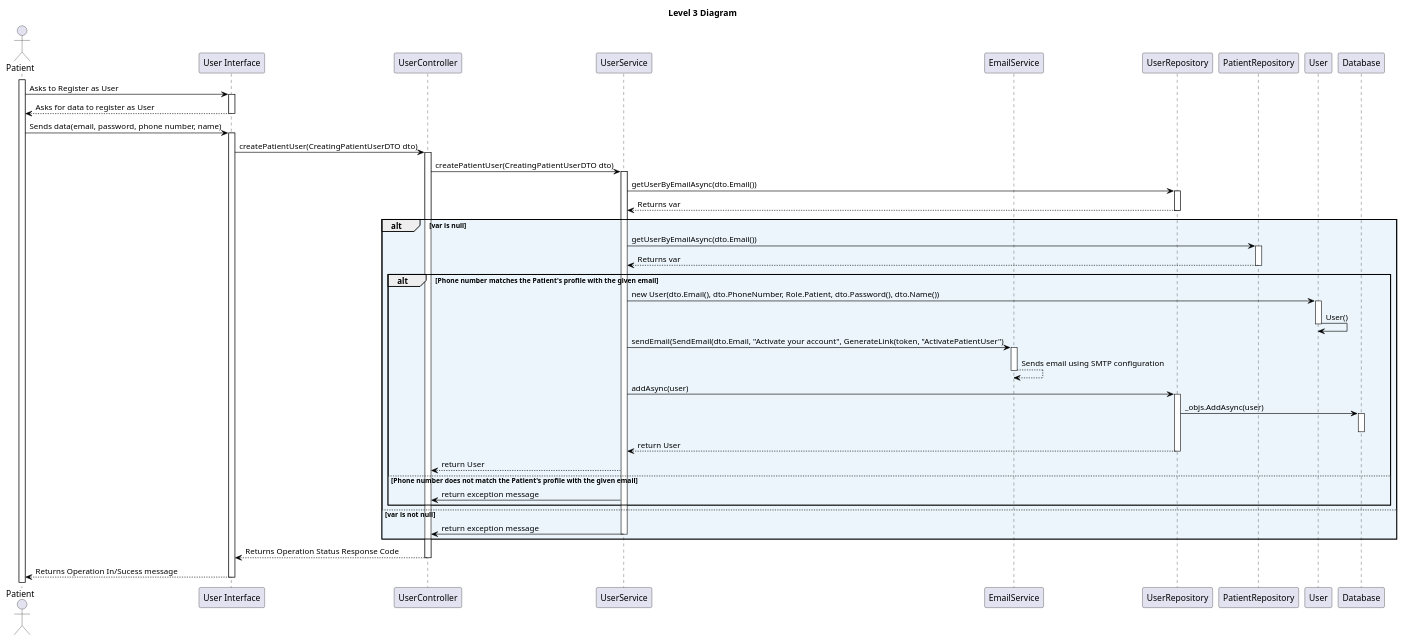
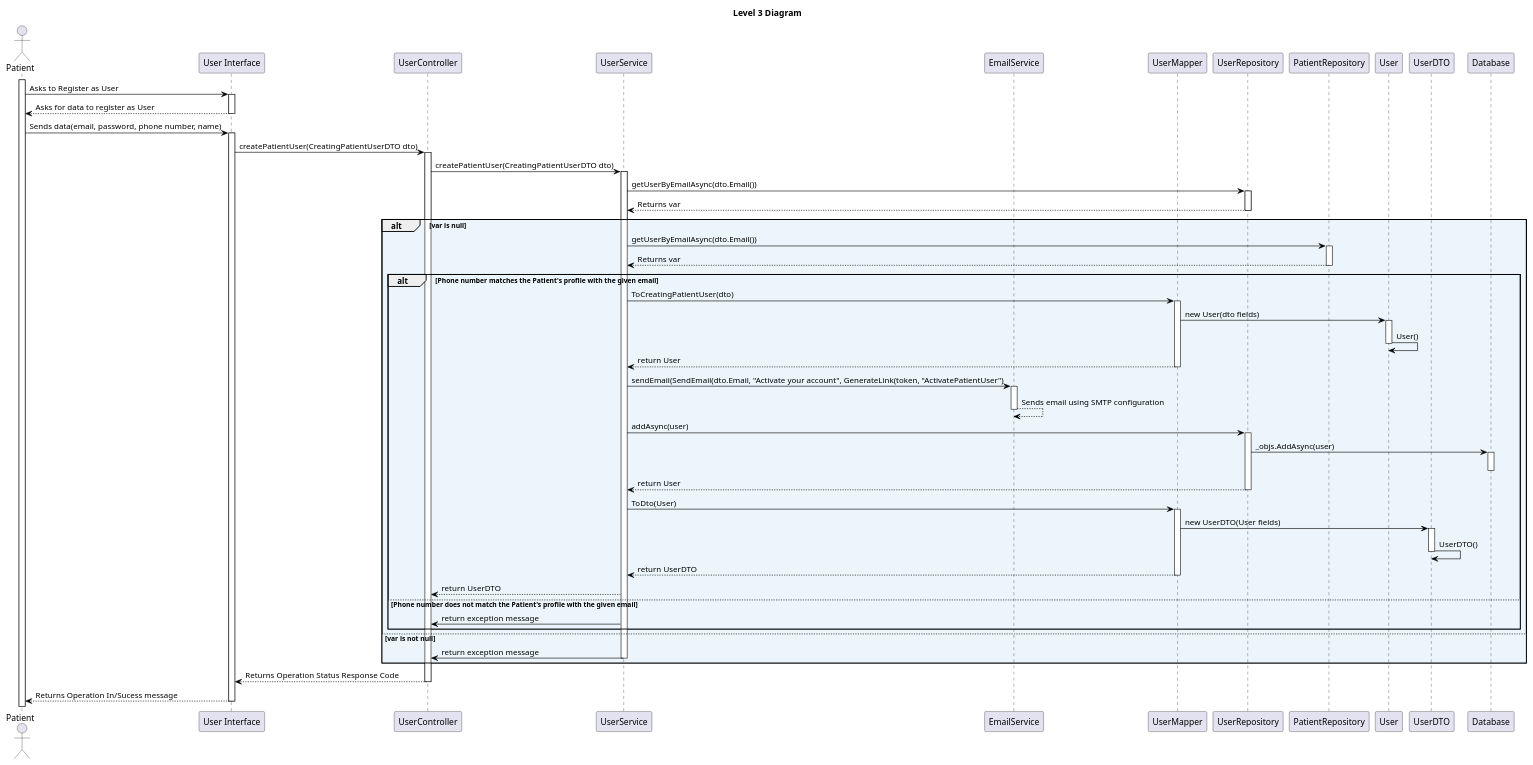
Before and after one commit to vscosousa/LAPR5_3DC_G15: the diagram in docs/sprint_A/us_5.1.3/level_3/puml/level_3.puml, drawn with PlantUML. The commit also changed 4 other files, not shown here.

```diff
--- a/docs/sprint_A/us_5.1.3/level_3/puml/level_3.puml
+++ b/docs/sprint_A/us_5.1.3/level_3/puml/level_3.puml
@@ -1,79 +1,93 @@
 @startuml level_3
 
 title Level 3 Diagram
 
 hide empty members
 'skinparam Linetype ortho
 
 skinparam class {
     BackgroundColor<<valueObject>> #D6EAF8
     BackgroundColor<<root>> #FDEBD0
     BackgroundColor<<service>> #D1F2EB
     BackgroundColor #FEF9E7
     ArrowColor Black
 }
 
 skinparam package {
     BackgroundColor #EBF5FB
 }
 
 actor Patient as P
 participant "User Interface" as UI
 participant "UserController" as C
 participant "UserService" as S
 participant "EmailService" as ES
+participant "UserMapper" as M
 participant "UserRepository" as R
 participant "PatientRepository" as PR
 participant "User" as U
+participant "UserDTO" as DTO
 participant "Database" as DB
 
 activate P
 P -> UI: Asks to Register as User
 activate UI
 UI --> P: Asks for data to register as User
 deactivate UI
 P -> UI: Sends data(email, password, phone number, name)
 activate UI
 UI -> C: createPatientUser(CreatingPatientUserDTO dto)
 activate C
 C -> S: createPatientUser(CreatingPatientUserDTO dto)
 activate S
 S -> R: getUserByEmailAsync(dto.Email())
 activate R
 R --> S: Returns var
 deactivate R
 alt var is null
     S -> PR: getUserByEmailAsync(dto.Email())
     activate PR
     PR --> S: Returns var
     deactivate PR
     alt Phone number matches the Patient's profile with the given email
-        S -> U: new User(dto.Email(), dto.PhoneNumber, Role.Patient, dto.Password(), dto.Name())
+        S -> M: ToCreatingPatientUser(dto)
+        activate M
+        M -> U: new User(dto fields)
         activate U
         U -> U: User()
         deactivate U
+        M --> S: return User
+        deactivate M
         S -> ES: sendEmail(SendEmail(dto.Email, "Activate your account", GenerateLink(token, "ActivatePatientUser")
         activate ES
         ES --> ES: Sends email using SMTP configuration
         deactivate ES
         S -> R: addAsync(user)
         activate R
         R -> DB: _objs.AddAsync(user)
         activate DB
         deactivate DB
         R --> S: return User
         deactivate R
-        S --> C: return User
+        S -> M: ToDto(User)
+        activate M
+        M -> DTO: new UserDTO(User fields)
+        activate DTO
+        DTO -> DTO: UserDTO()
+        deactivate DTO
+        M --> S: return UserDTO
+        deactivate M
+        S --> C: return UserDTO 
     else Phone number does not match the Patient's profile with the given email
         S -> C: return exception message
     end
 else var is not null
     S -> C: return exception message
     deactivate S
 end
 C --> UI: Returns Operation Status Response Code
 deactivate C
 UI --> P: Returns Operation In/Sucess message
 deactivate UI
 
 @enduml
```
